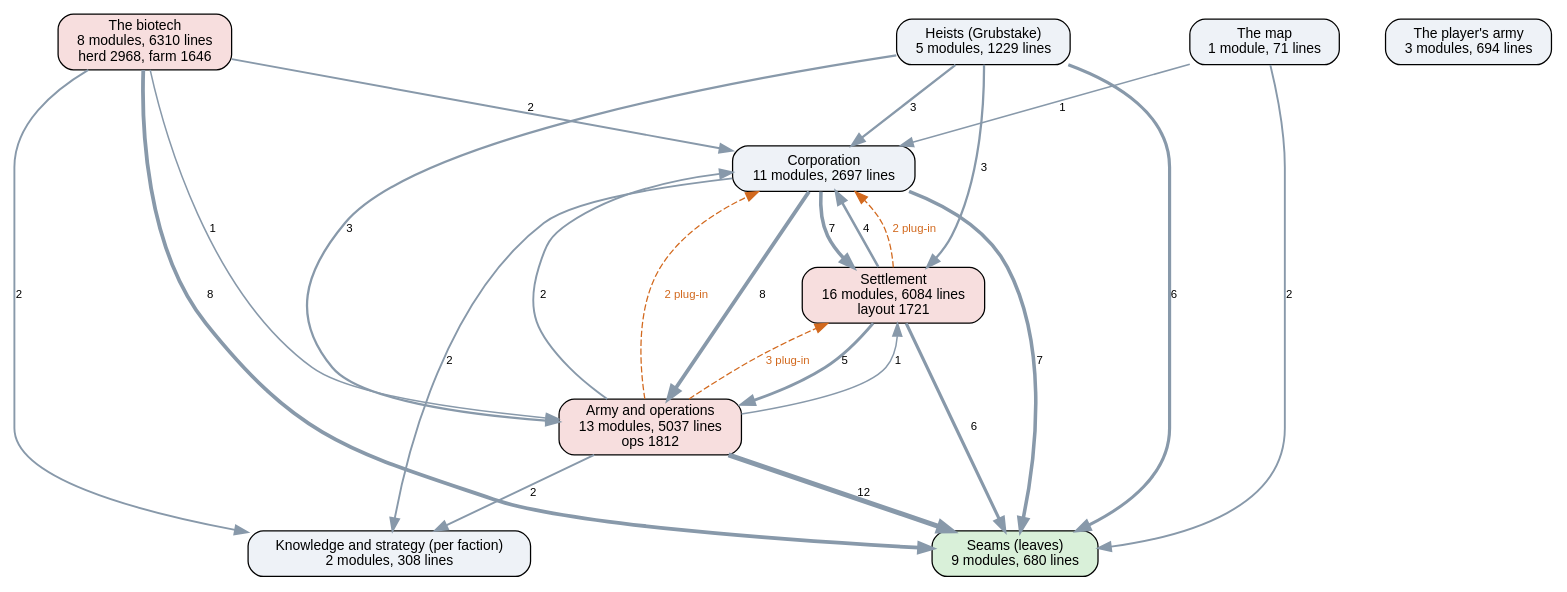
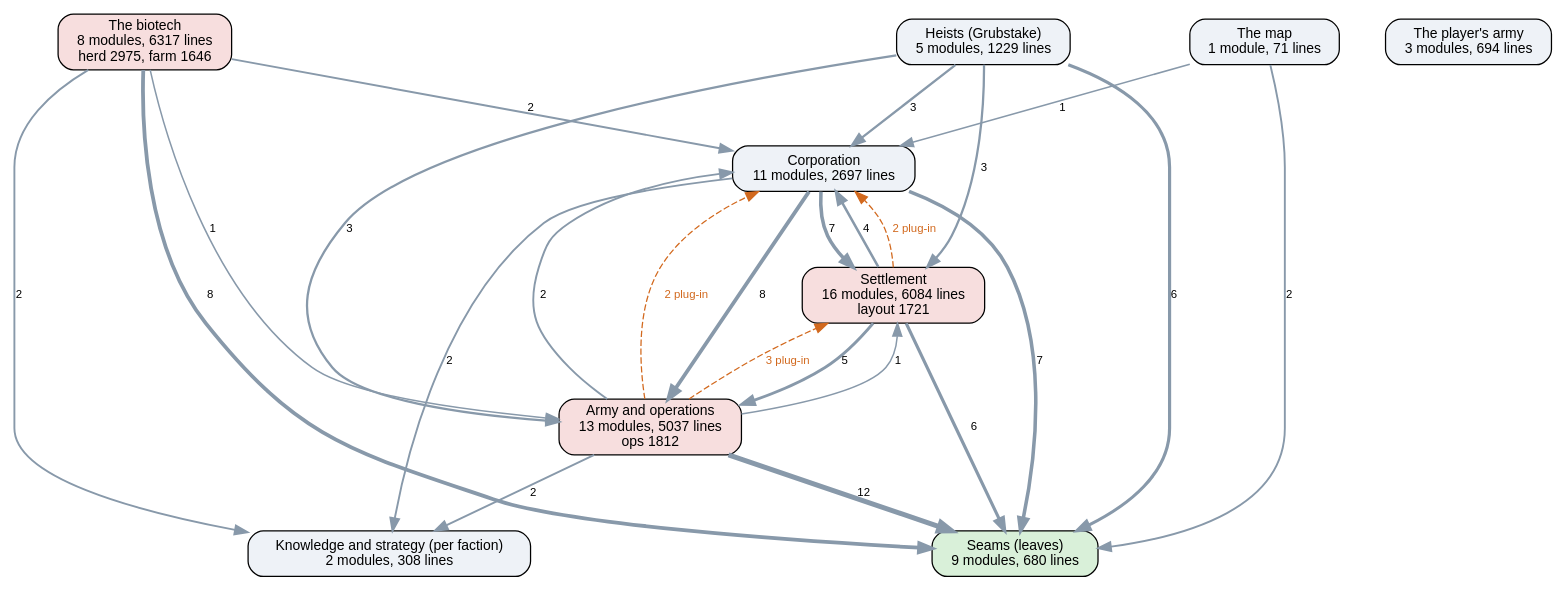
The diagram in docs/ai-layers.dot (kinelhu/landing-party), drawn with Graphviz before and after one commit. The commit also changed 9 other files, not shown here.

```diff
--- a/docs/ai-layers.dot
+++ b/docs/ai-layers.dot
@@ -1,38 +1,38 @@
 digraph layers {
   graph [rankdir=TB, fontname="Helvetica", nodesep=0.5, ranksep=0.7];
   node [shape=box, style="rounded,filled", fontname="Helvetica", fontsize=11, fillcolor="#eef2f7"];
   edge [color="#8899aa", fontname="Helvetica", fontsize=9];
   "Seams (leaves)" [label="Seams (leaves)\n9 modules, 680 lines", fillcolor="#d9f0d9"];
   "Knowledge and strategy (per faction)" [label="Knowledge and strategy (per faction)\n2 modules, 308 lines", fillcolor="#eef2f7"];
   "Corporation" [label="Corporation\n11 modules, 2697 lines", fillcolor="#eef2f7"];
   "Settlement" [label="Settlement\n16 modules, 6084 lines\nlayout 1721", fillcolor="#f7dede"];
   "Army and operations" [label="Army and operations\n13 modules, 5037 lines\nops 1812", fillcolor="#f7dede"];
   "Heists (Grubstake)" [label="Heists (Grubstake)\n5 modules, 1229 lines", fillcolor="#eef2f7"];
-  "The biotech" [label="The biotech\n8 modules, 6310 lines\nherd 2968, farm 1646", fillcolor="#f7dede"];
+  "The biotech" [label="The biotech\n8 modules, 6317 lines\nherd 2975, farm 1646", fillcolor="#f7dede"];
   "The map" [label="The map\n1 module, 71 lines", fillcolor="#eef2f7"];
   "The player's army" [label="The player's army\n3 modules, 694 lines", fillcolor="#eef2f7"];
   "Army and operations" -> "Corporation" [label="2", penwidth=1.5];
   "Army and operations" -> "Knowledge and strategy (per faction)" [label="2", penwidth=1.5];
   "Army and operations" -> "Seams (leaves)" [label="12", penwidth=4.0];
   "Army and operations" -> "Settlement" [label="1", penwidth=1.2];
   "Corporation" -> "Army and operations" [label="8", penwidth=3.0];
   "Corporation" -> "Knowledge and strategy (per faction)" [label="2", penwidth=1.5];
   "Corporation" -> "Seams (leaves)" [label="7", penwidth=2.8];
   "Corporation" -> "Settlement" [label="7", penwidth=2.8];
   "Heists (Grubstake)" -> "Army and operations" [label="3", penwidth=1.8];
   "Heists (Grubstake)" -> "Corporation" [label="3", penwidth=1.8];
   "Heists (Grubstake)" -> "Seams (leaves)" [label="6", penwidth=2.5];
   "Heists (Grubstake)" -> "Settlement" [label="3", penwidth=1.8];
   "Settlement" -> "Army and operations" [label="5", penwidth=2.2];
   "Settlement" -> "Corporation" [label="4", penwidth=2.0];
   "Settlement" -> "Seams (leaves)" [label="6", penwidth=2.5];
   "The biotech" -> "Army and operations" [label="1", penwidth=1.2];
   "The biotech" -> "Corporation" [label="2", penwidth=1.5];
   "The biotech" -> "Knowledge and strategy (per faction)" [label="2", penwidth=1.5];
   "The biotech" -> "Seams (leaves)" [label="8", penwidth=3.0];
   "The map" -> "Corporation" [label="1", penwidth=1.2];
   "The map" -> "Seams (leaves)" [label="2", penwidth=1.5];
   "Army and operations" -> "Corporation" [style=dashed, color="#d2691e", fontcolor="#d2691e", label="2 plug-in"];
   "Army and operations" -> "Settlement" [style=dashed, color="#d2691e", fontcolor="#d2691e", label="3 plug-in"];
   "Settlement" -> "Corporation" [style=dashed, color="#d2691e", fontcolor="#d2691e", label="2 plug-in"];
 }
```
